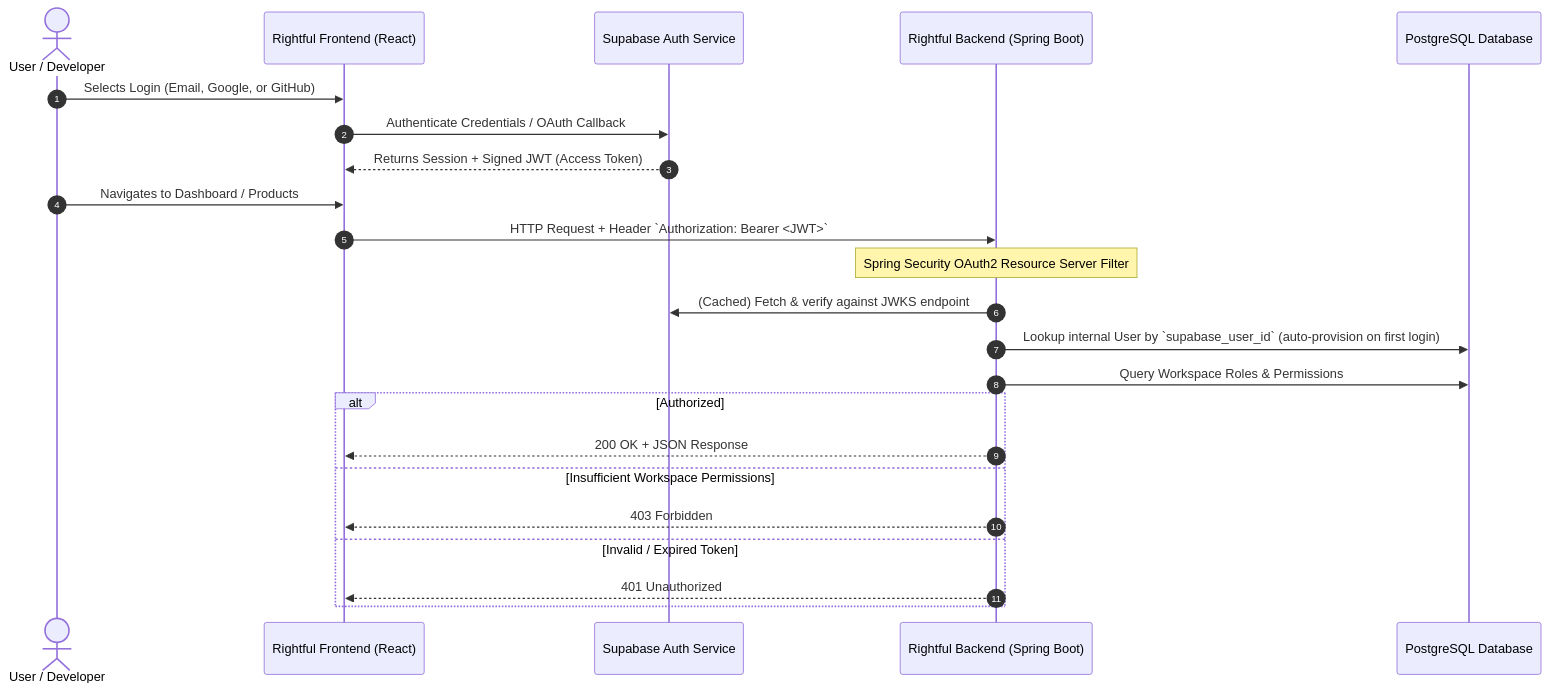
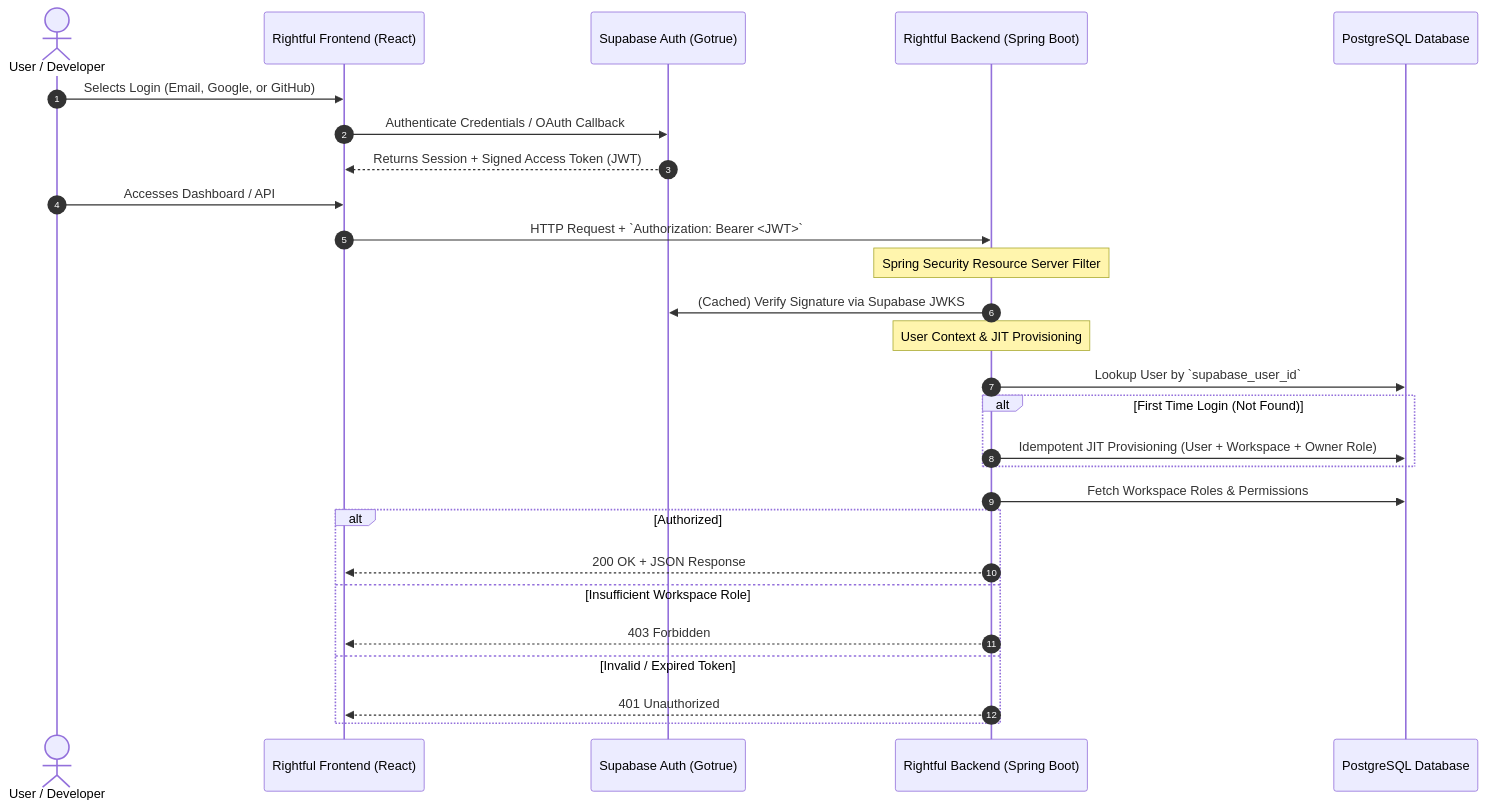
Before and after one commit to AayushSrivastava15/Rightfull: the first of 2 diagrams in docs/architecture/authentication-security.md, drawn with Mermaid. The commit also changed other lines of this file and 6 other files, not shown here.

Commit message:
docs(architecture): complete Step 3.3 database architecture, entity mapping, and security design

````diff
--- a/docs/architecture/authentication-security.md
+++ b/docs/architecture/authentication-security.md
@@ -9,29 +9,34 @@
 ```mermaid
 sequenceDiagram
     autonumber
     actor User as User / Developer
     participant SPA as Rightful Frontend (React)
-    participant SupaAuth as Supabase Auth Service
+    participant SupaAuth as Supabase Auth (Gotrue)
     participant API as Rightful Backend (Spring Boot)
     participant DB as PostgreSQL Database
 
     User->>SPA: Selects Login (Email, Google, or GitHub)
     SPA->>SupaAuth: Authenticate Credentials / OAuth Callback
-    SupaAuth-->>SPA: Returns Session + Signed JWT (Access Token)
+    SupaAuth-->>SPA: Returns Session + Signed Access Token (JWT)
     
-    User->>SPA: Navigates to Dashboard / Products
-    SPA->>API: HTTP Request + Header `Authorization: Bearer <JWT>`
+    User->>SPA: Accesses Dashboard / API
+    SPA->>API: HTTP Request + `Authorization: Bearer <JWT>`
     
-    Note over API: Spring Security OAuth2 Resource Server Filter
-    API->>SupaAuth: (Cached) Fetch & verify against JWKS endpoint
-    API->>DB: Lookup internal User by `supabase_user_id` (auto-provision on first login)
-    API->>DB: Query Workspace Roles & Permissions
+    Note over API: Spring Security Resource Server Filter
+    API->>SupaAuth: (Cached) Verify Signature via Supabase JWKS
+    
+    Note over API: User Context & JIT Provisioning
+    API->>DB: Lookup User by `supabase_user_id`
+    alt First Time Login (Not Found)
+        API->>DB: Idempotent JIT Provisioning (User + Workspace + Owner Role)
+    end
+    API->>DB: Fetch Workspace Roles & Permissions
     
     alt Authorized
         API-->>SPA: 200 OK + JSON Response
-    else Insufficient Workspace Permissions
+    else Insufficient Workspace Role
         API-->>SPA: 403 Forbidden
     else Invalid / Expired Token
         API-->>SPA: 401 Unauthorized
     end
 ```
````
